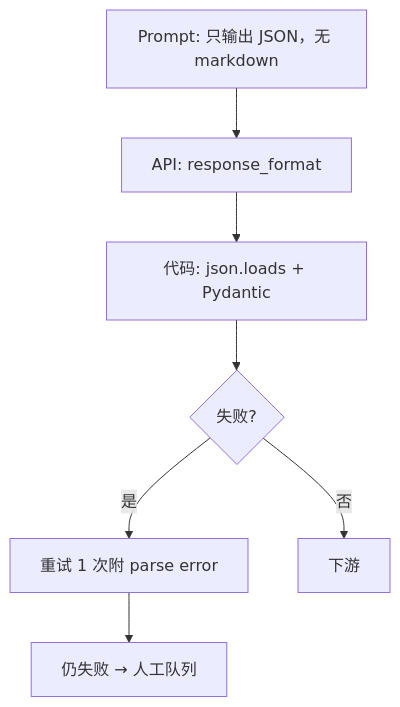
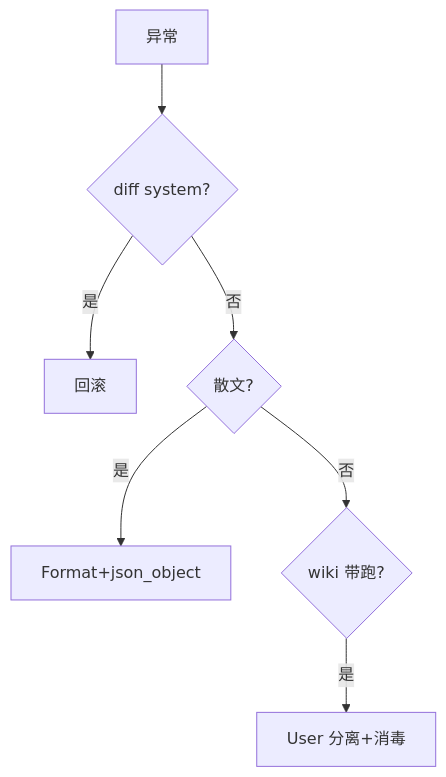
One commit to ml-cuizijun/LearnToLilith changed the diagram in 08-AI与智能运维/02-Prompt工程/练习题.md. Above: the diagram before and after it, drawn with Mermaid. The commit also changed other lines of this file and 470 other files, not shown here.

````diff
--- a/08-AI与智能运维/02-Prompt工程/练习题.md
+++ b/08-AI与智能运维/02-Prompt工程/练习题.md
@@ -73,9 +325,9 @@
 ```mermaid
-flowchart TD
-    A["Prompt: 只输出 JSON，无 markdown"] --> B["API: response_format"]
-    B --> C["代码: json.loads + Pydantic"]
-    C --> D{"失败?"}
-    D -->|是| E["重试 1 次附 parse error"]
-    D -->|否| F["下游"]
-    E --> G["仍失败 → 人工队列"]
+flowchart TB
+    A[异常] --> B{diff system?}
+    B -->|是| C[回滚]
+    B -->|否| D{散文?}
+    D -->|是| E[Format+json_object]
+    D -->|否| F{wiki 带跑?}
+    F -->|是| G[User 分离+消毒]
 ```
````
